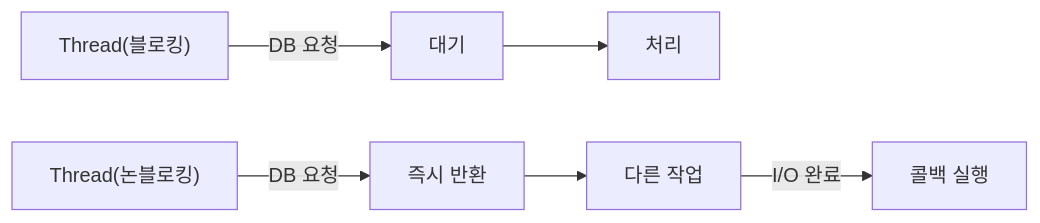
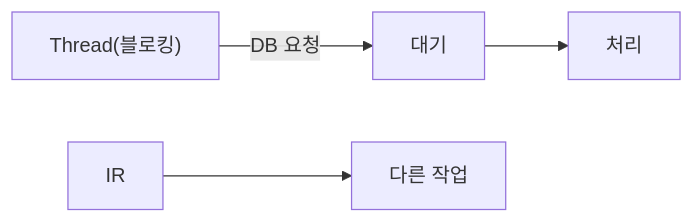
The sixth of 8 diagrams in _posts/spring/2026-05-01-spring-webflux.md (yjkim2015/yjkim2015.github.io), drawn with Mermaid before and after one commit. The commit also changed other lines of this file and 132 other files, not shown here.

First line of the commit message:
Mermaid 다이어그램 가독성 정리: 단순 제거, 노드 축소, TD→LR 변환

````diff
--- a/_posts/spring/2026-05-01-spring-webflux.md
+++ b/_posts/spring/2026-05-01-spring-webflux.md
@@ -388,8 +388,6 @@
 ```mermaid
 graph LR
     T1["Thread(블로킹)"] -->|DB 요청| W1["대기"]
     W1 --> P1["처리"]
-    T2["Thread(논블로킹)"] -->|DB 요청| IR["즉시 반환"]
     IR --> OW["다른 작업"]
-    OW -->|I/O 완료| CB["콜백 실행"]
 ```
````
